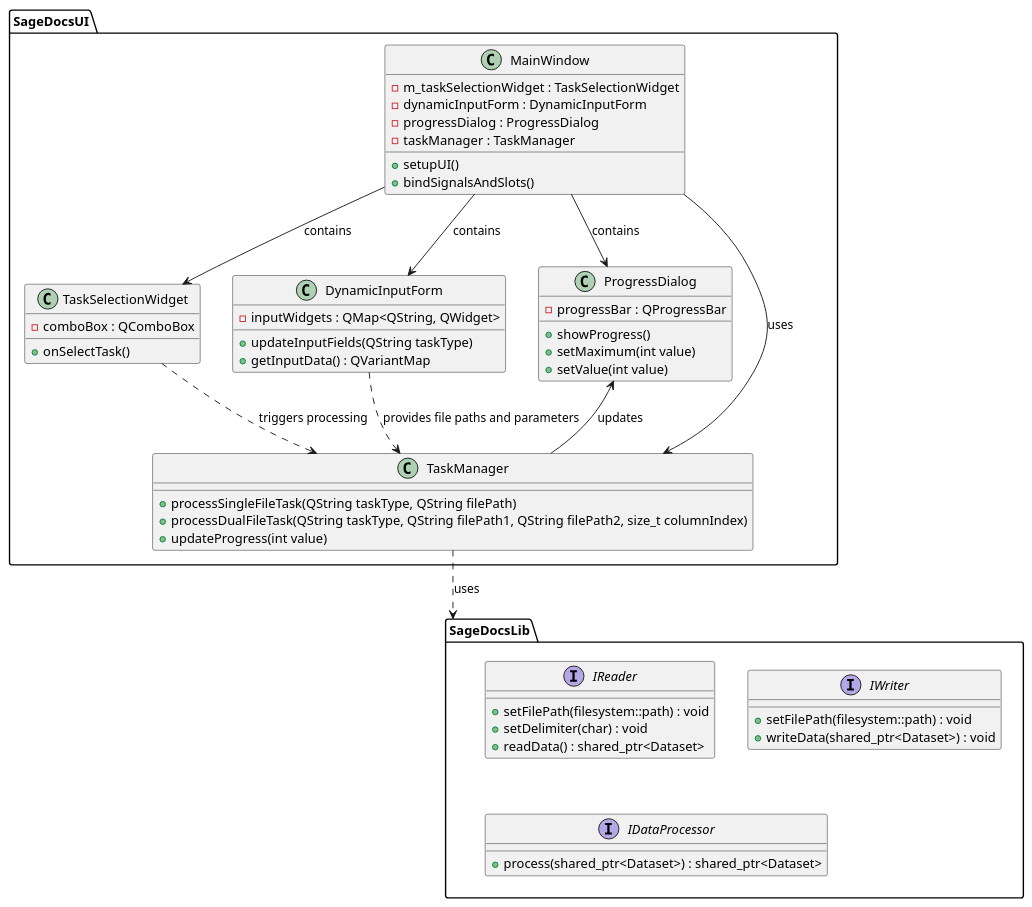
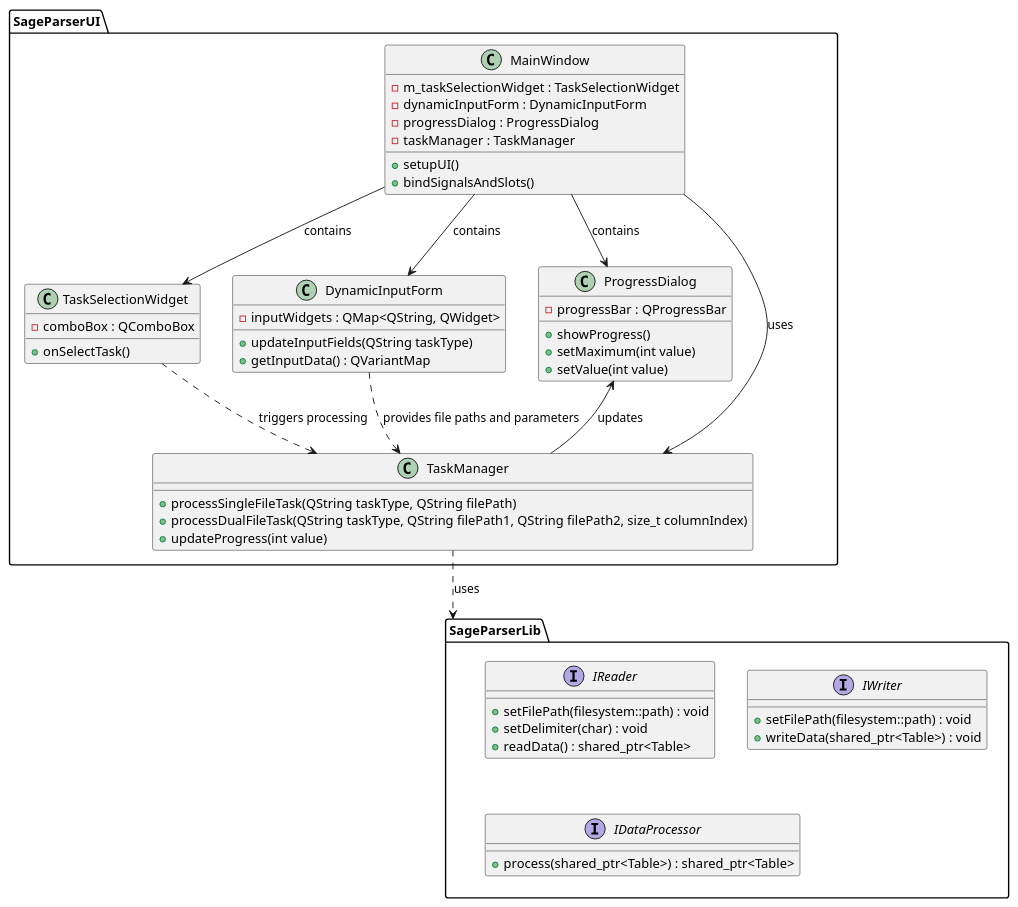
The diagram in docs/Ui_Design.puml (Sage-Cat/SageParser), drawn with PlantUML before and after one commit. The commit also changed 42 other files, not shown here.

Commit message:
Rename SageDocs -> SageParser. Dataset -> Table

```diff
--- a/docs/Ui_Design.puml
+++ b/docs/Ui_Design.puml
@@ -1,69 +1,69 @@
 @startuml
 
-package SageDocsUI {
+package SageParserUI {
 
     class MainWindow {
         - m_taskSelectionWidget : TaskSelectionWidget
         - dynamicInputForm : DynamicInputForm
         - progressDialog : ProgressDialog
         - taskManager : TaskManager
         + setupUI()
         + bindSignalsAndSlots()
     }
 
     class TaskSelectionWidget {
         - comboBox : QComboBox
         + onSelectTask()
     }
 
     class DynamicInputForm {
         - inputWidgets : QMap<QString, QWidget>
         + updateInputFields(QString taskType)
         + getInputData() : QVariantMap
     }
 
     class ProgressDialog {
         - progressBar : QProgressBar
         + showProgress()
         + setMaximum(int value)
         + setValue(int value)
     }
 
     class TaskManager {
         + processSingleFileTask(QString taskType, QString filePath)
         + processDualFileTask(QString taskType, QString filePath1, QString filePath2, size_t columnIndex)
         + updateProgress(int value)
     }
 }
 
-package SageDocsLib {
+package SageParserLib {
 
     interface IReader {
         + setFilePath(filesystem::path) : void
         + setDelimiter(char) : void
-        + readData() : shared_ptr<Dataset>
+        + readData() : shared_ptr<Table>
     }
 
     interface IWriter {
         + setFilePath(filesystem::path) : void
-        + writeData(shared_ptr<Dataset>) : void
+        + writeData(shared_ptr<Table>) : void
     }
 
     interface IDataProcessor {
-        + process(shared_ptr<Dataset>) : shared_ptr<Dataset>
+        + process(shared_ptr<Table>) : shared_ptr<Table>
     }
 
 }
 
 MainWindow --> TaskSelectionWidget : contains
 MainWindow --> DynamicInputForm : contains
 MainWindow --> ProgressDialog : contains
 MainWindow --> TaskManager : uses
 
 TaskSelectionWidget ..> TaskManager : triggers processing
 DynamicInputForm ..> TaskManager : provides file paths and parameters
 ProgressDialog <-- TaskManager : updates
 
-TaskManager ..> SageDocsLib : uses
+TaskManager ..> SageParserLib : uses
 
 @enduml
```
